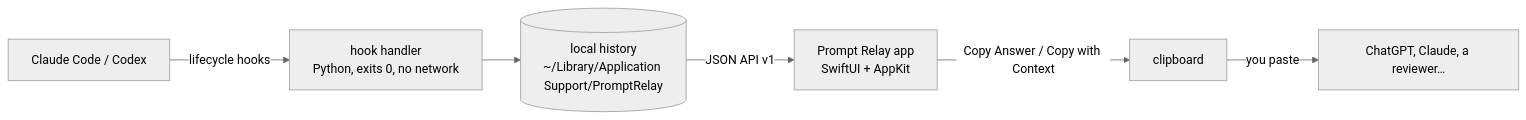
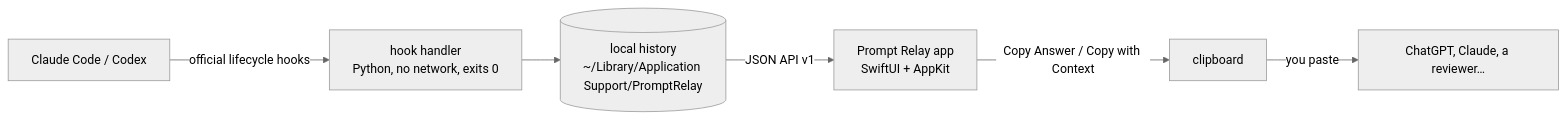
One commit to Banderos14/BearlyCopy changed the diagram in README.md. Above: the diagram before and after it, drawn with Mermaid (neutral theme). The commit also changed other lines of this file and 393 other files, not shown here.

````diff
--- a/README.md
+++ b/README.md
@@ -19,8 +29,8 @@
 ```mermaid
 flowchart LR
-  A[Claude Code / Codex] -- lifecycle hooks --> H[hook handler<br/>Python, exits 0, no network]
+  A[Claude Code / Codex] -- official lifecycle hooks --> H[hook handler<br/>Python, no network, exits 0]
   H --> S[(local history<br/>~/Library/Application Support/PromptRelay)]
   S -- JSON API v1 --> P[Prompt Relay app<br/>SwiftUI + AppKit]
   P -- Copy Answer / Copy with Context --> C[clipboard]
   C -- you paste --> R[ChatGPT, Claude, a reviewer…]
 ```
````
